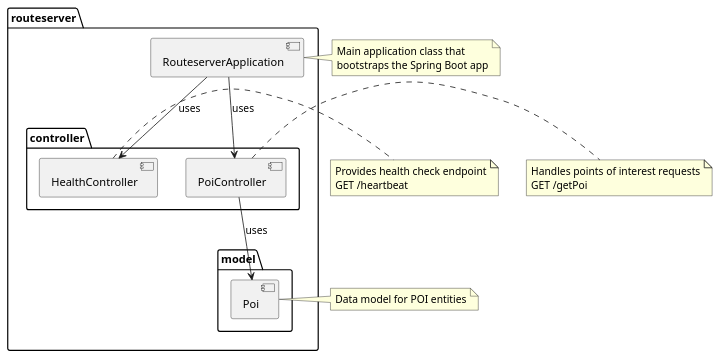
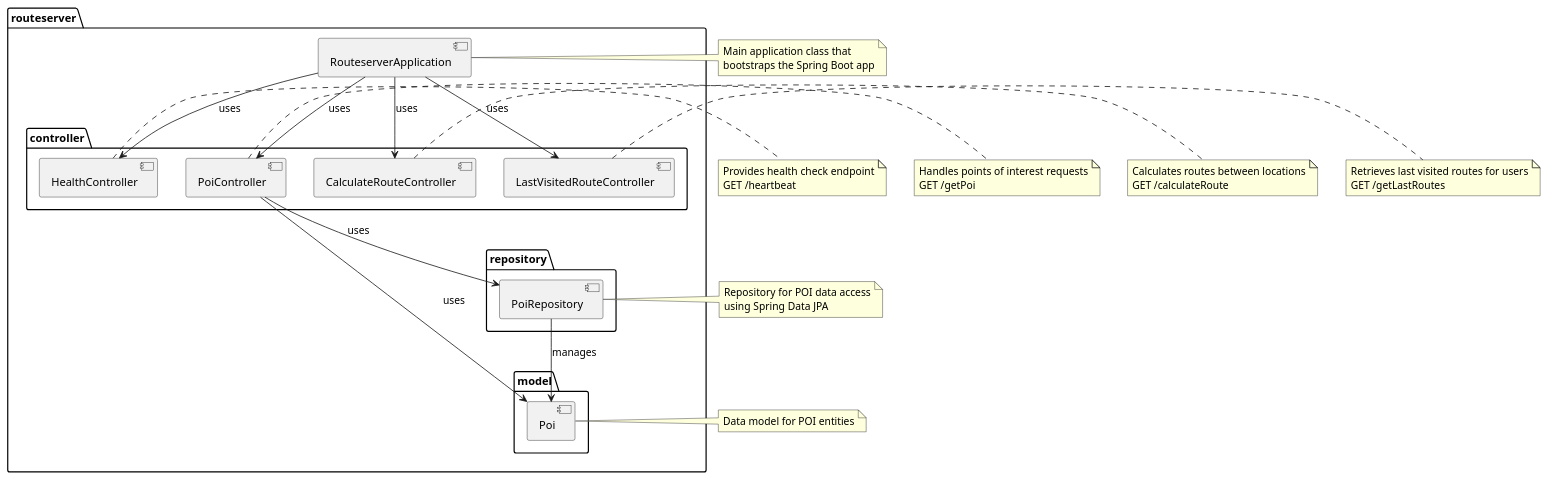
The diagram in arc42/src/05_building_block_view.adoc (RobertinoSolanas/nelliebly), drawn with PlantUML before and after one commit. The commit also changed other lines of this file, not shown here.

```diff
--- a/arc42/src/05_building_block_view.adoc
+++ b/arc42/src/05_building_block_view.adoc
@@ -70,40 +70,65 @@
 [plantuml, building-blocks, png]
 ....
 @startuml
 package "routeserver" {
   [RouteserverApplication] as app
   
   package "controller" {
     [HealthController] as health
     [PoiController] as poi
+    [CalculateRouteController] as route
+    [LastVisitedRouteController] as lastRoutes
   }
   
   package "model" {
     [Poi] as poiModel
   }
   
+  package "repository" {
+    [PoiRepository] as poiRepo
+  }
+  
   app --> health : uses
   app --> poi : uses
+  app --> route : uses
+  app --> lastRoutes : uses
   poi --> poiModel : uses
+  poi --> poiRepo : uses
+  poiRepo --> poiModel : manages
 }
 
 note right of app
   Main application class that
   bootstraps the Spring Boot app
 end note
 
 note right of health
   Provides health check endpoint
   GET /heartbeat
 end note
 
 note right of poi
   Handles points of interest requests
   GET /getPoi
 end note
 
+note right of route
+  Calculates routes between locations
+  GET /calculateRoute
+end note
+
+note right of lastRoutes
+  Retrieves last visited routes for users
+  GET /getLastRoutes
+end note
+
 note right of poiModel
   Data model for POI entities
 end note
+
+note right of poiRepo
+  Repository for POI data access
+  using Spring Data JPA
+end note
 @enduml
 ....
```
